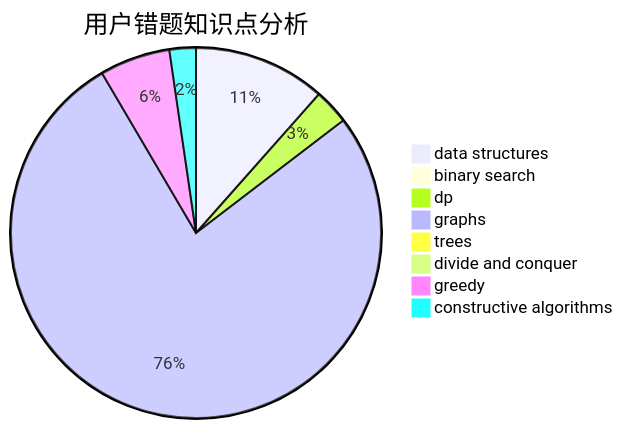
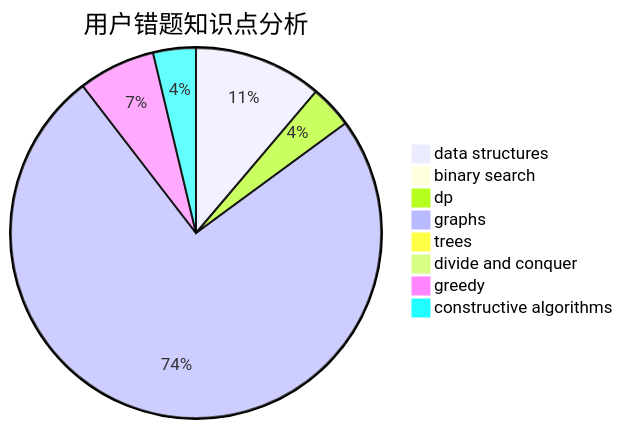
The third of 3 diagrams in docs/user/u1263.md (sherpahu/cfrs.github.io), drawn with Mermaid before and after one commit. The commit also changed other lines of this file and 2770 other files, not shown here.

````diff
--- a/docs/user/u1263.md
+++ b/docs/user/u1263.md
@@ -36,11 +36,11 @@
 ```mermaid
 pie title 用户错题知识点分析
     "data structures" :  15
     "binary search" :  1
-    "dp" :  4
+    "dp" :  5
     "graphs" :  100
     "trees" :  0
     "divide and conquer" :  0
-    "greedy" :  8
-    "constructive algorithms" :  3
+    "greedy" :  9
+    "constructive algorithms" :  5
 ```
````
